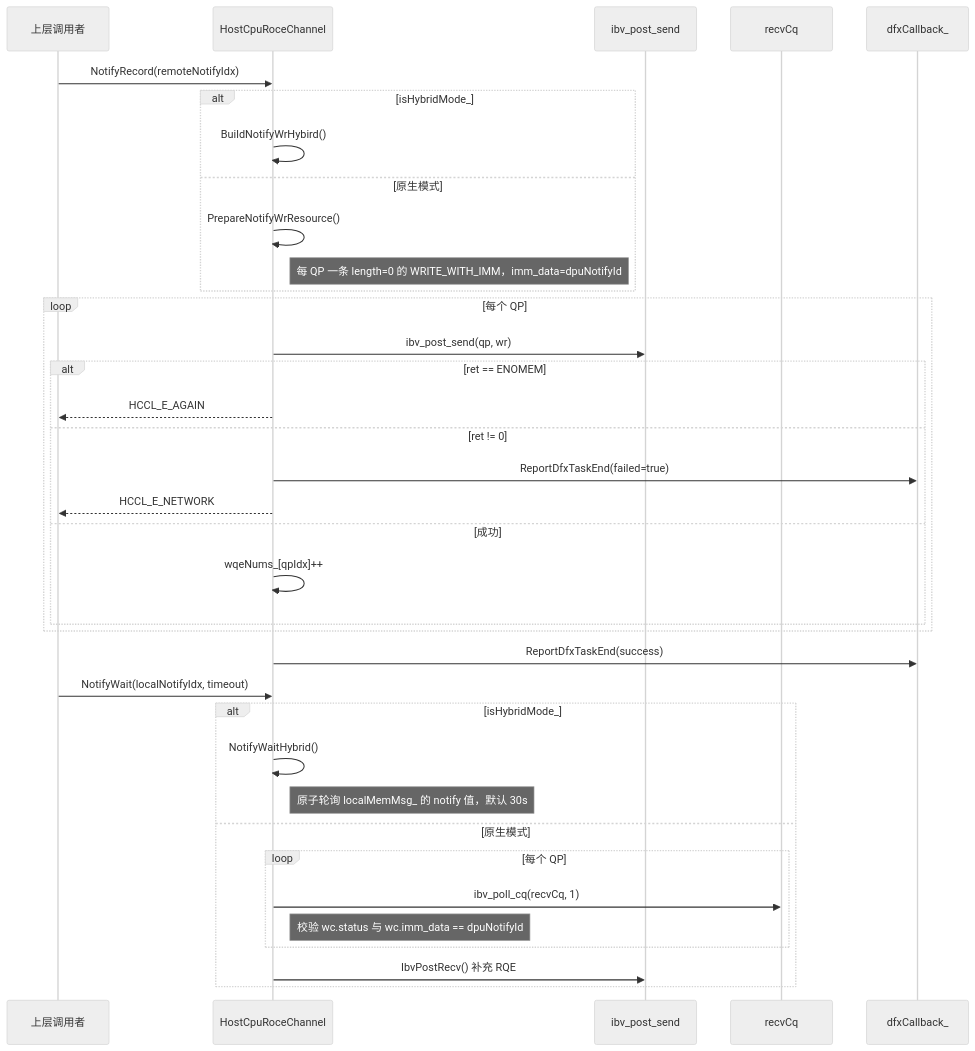
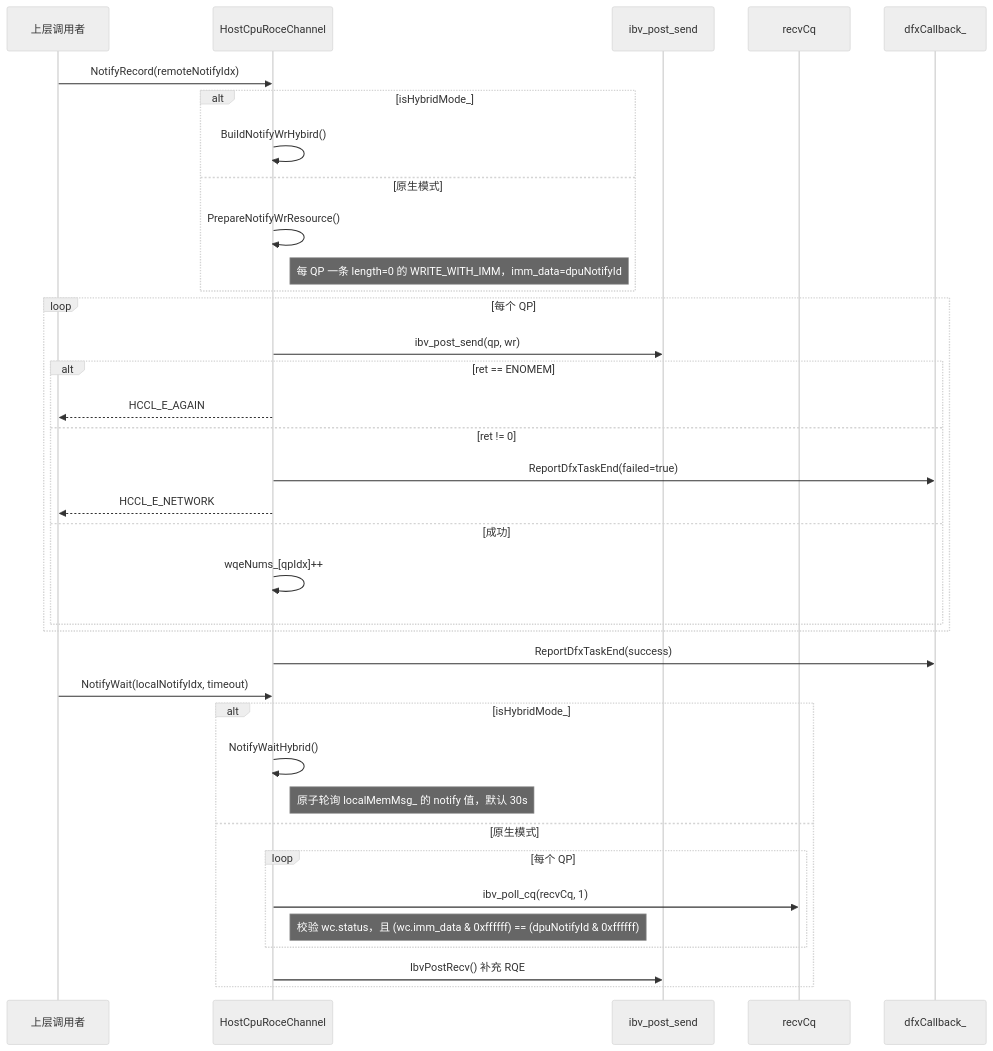
One commit to Atlas-Ascend-Fork/hcomm changed the sixth of 11 diagrams in src/base_comm/resources/endpoint_pairs/channels/host/host.md. Above: the diagram before and after it, drawn with Mermaid (neutral theme). The commit also changed other lines of this file and 28 other files, not shown here.

````diff
--- a/src/base_comm/resources/endpoint_pairs/channels/host/host.md
+++ b/src/base_comm/resources/endpoint_pairs/channels/host/host.md
@@ -243,40 +284,40 @@
 ```mermaid
 sequenceDiagram
     participant UP as 上层调用者
     participant HR as HostCpuRoceChannel
     participant VB as ibv_post_send
     participant RCQ as recvCq
     participant DFX as dfxCallback_
 
     UP->>HR: NotifyRecord(remoteNotifyIdx)
     alt isHybridMode_
         HR->>HR: BuildNotifyWrHybird()
     else 原生模式
         HR->>HR: PrepareNotifyWrResource()
         Note right of HR: 每 QP 一条 length=0 的 WRITE_WITH_IMM，imm_data=dpuNotifyId
     end
     loop 每个 QP
         HR->>VB: ibv_post_send(qp, wr)
         alt ret == ENOMEM
             HR-->>UP: HCCL_E_AGAIN
         else ret != 0
             HR->>DFX: ReportDfxTaskEnd(failed=true)
             HR-->>UP: HCCL_E_NETWORK
         else 成功
             HR->>HR: wqeNums_[qpIdx]++
         end
     end
     HR->>DFX: ReportDfxTaskEnd(success)
 
     UP->>HR: NotifyWait(localNotifyIdx, timeout)
     alt isHybridMode_
         HR->>HR: NotifyWaitHybrid()
         Note right of HR: 原子轮询 localMemMsg_ 的 notify 值，默认 30s
     else 原生模式
         loop 每个 QP
             HR->>RCQ: ibv_poll_cq(recvCq, 1)
-            Note right of HR: 校验 wc.status 与 wc.imm_data == dpuNotifyId
+            Note right of HR: 校验 wc.status，且 (wc.imm_data & 0xffffff) == (dpuNotifyId & 0xffffff)
         end
         HR->>VB: IbvPostRecv() 补充 RQE
     end
 ```
````
